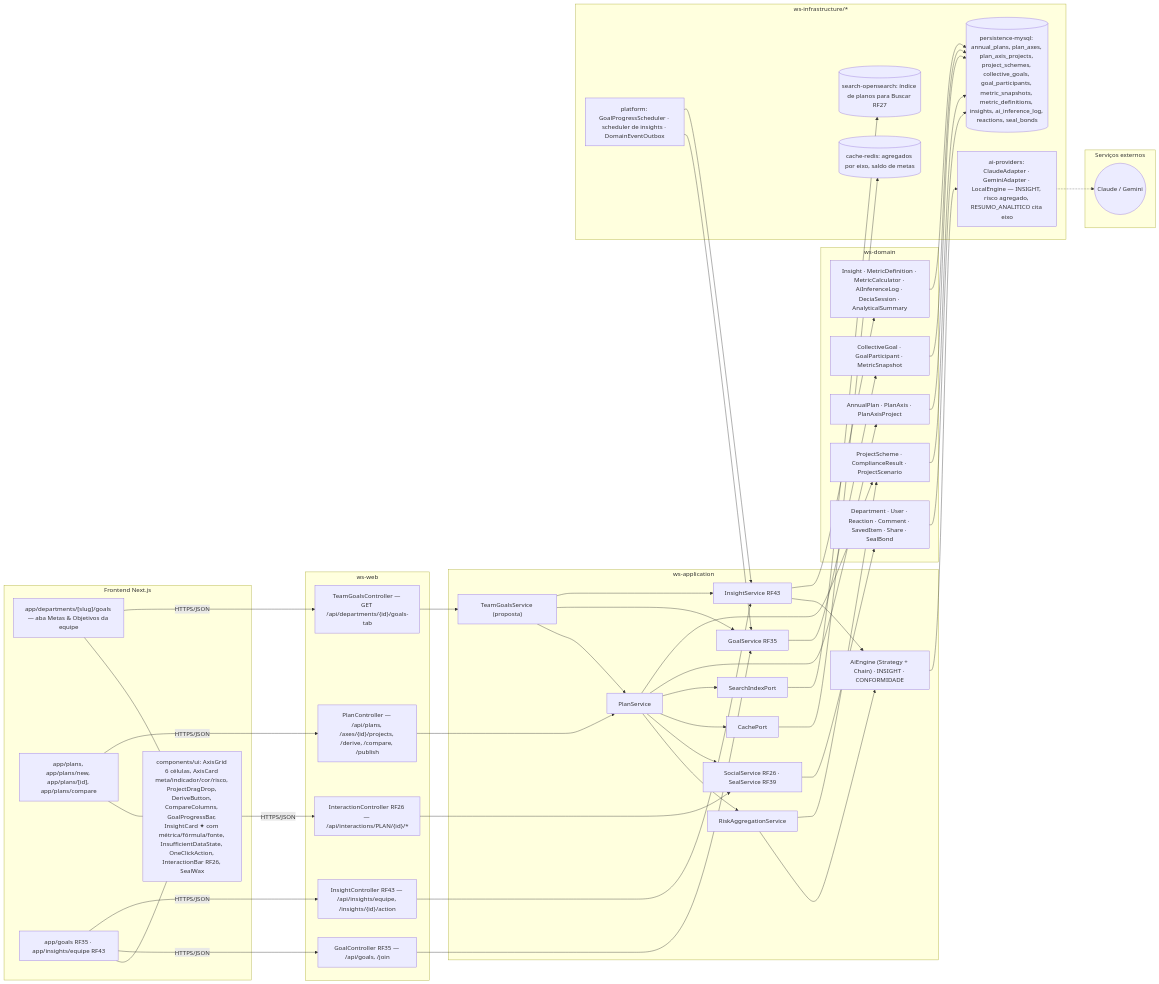
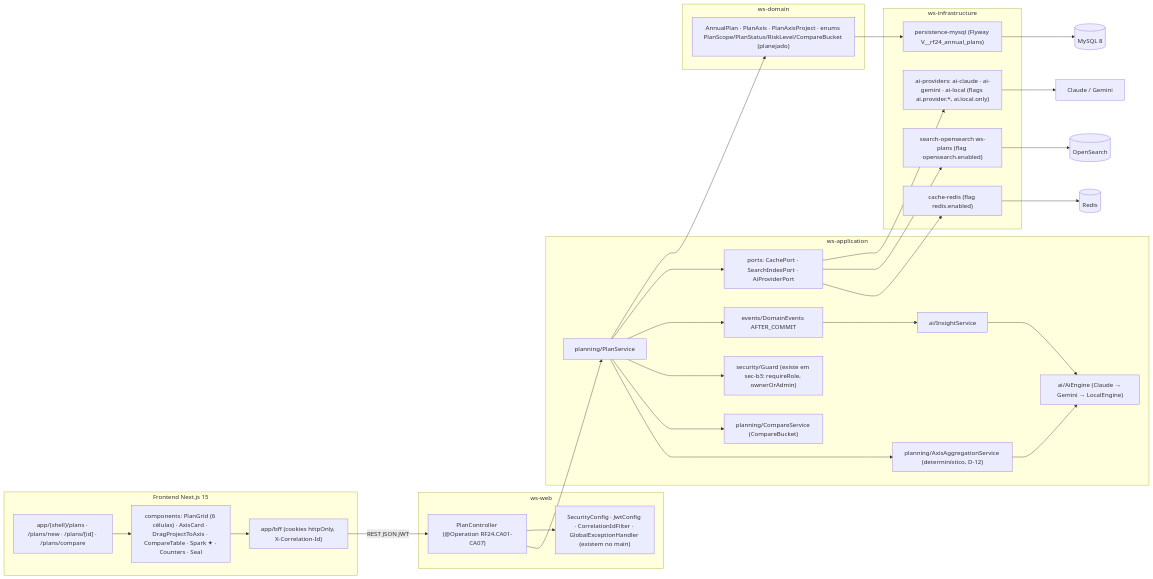
The fifth of 5 diagrams in docs/diagramas/RF24/README.md (MatheusHaliski/Decia-app-2026), drawn with Mermaid before and after one commit. The commit also changed other lines of this file and 5 other files, not shown here.

First line of the commit message:
docs(diagramas): reescreve RF24–RF29 (classes, atividades, sequência, estados, componentes)

````diff
--- a/docs/diagramas/RF24/README.md
+++ b/docs/diagramas/RF24/README.md
@@ -643,89 +422,53 @@
 ```mermaid
 flowchart LR
-  subgraph FE["Frontend Next.js"]
-    F1["app/departments/[slug]/goals — aba Metas & Objetivos da equipe"]
-    F2["app/plans, app/plans/new, app/plans/[id], app/plans/compare"]
-    F3["app/goals RF35 · app/insights/equipe RF43"]
-    F4["components/ui: AxisGrid 6 células, AxisCard meta/indicador/cor/risco, ProjectDragDrop, DeriveButton, CompareColumns, GoalProgressBar, InsightCard ✦ com métrica/fórmula/fonte, InsufficientDataState, OneClickAction, InteractionBar RF26, SealWax"]
+  subgraph FRONT["Frontend Next.js 15"]
+    R1["app/(shell)/plans · /plans/new · /plans/[id] · /plans/compare"]
+    R2["components: PlanGrid (6 células) · AxisCard · DragProjectToAxis · CompareTable · Spark ✦ · Counters · Seal"]
+    BFF["app/bff (cookies httpOnly, X-Correlation-Id)"]
+    R1 --> R2 --> BFF
   end
 
   subgraph WEB["ws-web"]
-    C1["TeamGoalsController — GET /api/departments/{id}/goals-tab"]
-    C2["PlanController — /api/plans, /axes/{id}/projects, /derive, /compare, /publish"]
-    C3["GoalController RF35 — /api/goals, /join"]
-    C4["InsightController RF43 — /api/insights/equipe, /insights/{id}/action"]
-    C5["InteractionController RF26 — /api/interactions/PLAN/{id}/*"]
+    PC["PlanController (@Operation RF24.CA01-CA07)"]
+    SEC["SecurityConfig · JwtConfig · CorrelationIdFilter · GlobalExceptionHandler (existem no main)"]
   end
 
-  subgraph APP["ws-application"]
-    S1["TeamGoalsService (proposta)"]
-    S2["PlanService"]
-    S3["RiskAggregationService"]
-    S4["GoalService RF35"]
-    S5["InsightService RF43"]
-    S6["SocialService RF26 · SealService RF39"]
-    S7["AiEngine (Strategy + Chain) · INSIGHT · CONFORMIDADE"]
-    P1["CachePort"]
-    P2["SearchIndexPort"]
+  subgraph APPL["ws-application"]
+    PS["planning/PlanService"]
+    AG["planning/AxisAggregationService (determinístico, D-12)"]
+    CMP["planning/CompareService (CompareBucket)"]
+    INS["ai/InsightService"]
+    AIE["ai/AiEngine (Claude → Gemini → LocalEngine)"]
+    GD["security/Guard (existe em sec-b3: requireRole, ownerOrAdmin)"]
+    DE["events/DomainEvents AFTER_COMMIT"]
+    PORTS["ports: CachePort · SearchIndexPort · AiProviderPort"]
   end
 
   subgraph DOM["ws-domain"]
-    D1["AnnualPlan · PlanAxis · PlanAxisProject"]
-    D2["ProjectScheme · ComplianceResult · ProjectScenario"]
-    D3["CollectiveGoal · GoalParticipant · MetricSnapshot"]
-    D4["Insight · MetricDefinition · MetricCalculator · AiInferenceLog · DeciaSession · AnalyticalSummary"]
-    D5["Department · User · Reaction · Comment · SavedItem · Share · SealBond"]
+    ENT["AnnualPlan · PlanAxis · PlanAxisProject · enums PlanScope/PlanStatus/RiskLevel/CompareBucket (planejado)"]
   end
 
-  subgraph INFRA["ws-infrastructure/*"]
-    I1[("persistence-mysql: annual_plans, plan_axes, plan_axis_projects, project_schemes, collective_goals, goal_participants, metric_snapshots, metric_definitions, insights, ai_inference_log, reactions, seal_bonds")]
-    I2[("cache-redis: agregados por eixo, saldo de metas")]
-    I3[("search-opensearch: índice de planos para Buscar RF27")]
-    I4["ai-providers: ClaudeAdapter · GeminiAdapter · LocalEngine — INSIGHT, risco agregado, RESUMO_ANALITICO cita eixo"]
-    I5["platform: GoalProgressScheduler · scheduler de insights · DomainEventOutbox"]
+  subgraph INFRA["ws-infrastructure"]
+    MY["persistence-mysql (Flyway V__rf24_annual_plans)"]
+    RD["cache-redis (flag redis.enabled)"]
+    OSA["search-opensearch ws-plans (flag opensearch.enabled)"]
+    AIP["ai-providers: ai-claude · ai-gemini · ai-local (flags ai.provider.*, ai.local.only)"]
   end
 
-  subgraph EXT["Serviços externos"]
-    E1(("Claude / Gemini"))
-  end
-
-  F1 --- F4
-  F2 --- F4
-  F3 --- F4
-  F1 -->|"HTTPS/JSON"| C1
-  F2 -->|"HTTPS/JSON"| C2
-  F3 -->|"HTTPS/JSON"| C3
-  F3 -->|"HTTPS/JSON"| C4
-  F4 -->|"HTTPS/JSON"| C5
-  C1 --> S1
-  C2 --> S2
-  C3 --> S4
-  C4 --> S5
-  C5 --> S6
-  S1 --> S2
-  S1 --> S4
-  S1 --> S5
-  S2 --> S3
-  S2 --> S6
-  S2 --> P1
-  S2 --> P2
-  S3 --> S7
-  S5 --> S7
-  S2 --> D1
-  S2 --> D2
-  S3 --> D2
-  S4 --> D3
-  S5 --> D4
-  S6 --> D5
-  D1 --> I1
-  D2 --> I1
-  D3 --> I1
-  D4 --> I1
-  D5 --> I1
-  P1 --> I2
-  P2 --> I3
-  S7 --> I4
-  I5 --> S4
-  I5 --> S5
-  I4 -.-> E1
+  BFF -->|REST JSON JWT| PC --> PS
+  PC --> SEC
+  PS --> AG --> AIE
+  PS --> CMP
+  PS --> GD
+  PS --> DE --> INS --> AIE
+  PS --> PORTS
+  PS --> ENT
+  PORTS --> RD
+  PORTS --> OSA
+  PORTS --> AIP
+  ENT --> MY
+  MY --> MYSQL[("MySQL 8")]
+  RD --> REDIS[("Redis")]
+  OSA --> OPENS[("OpenSearch")]
+  AIP --> CLAUDE["Claude / Gemini"]
 ```
````
